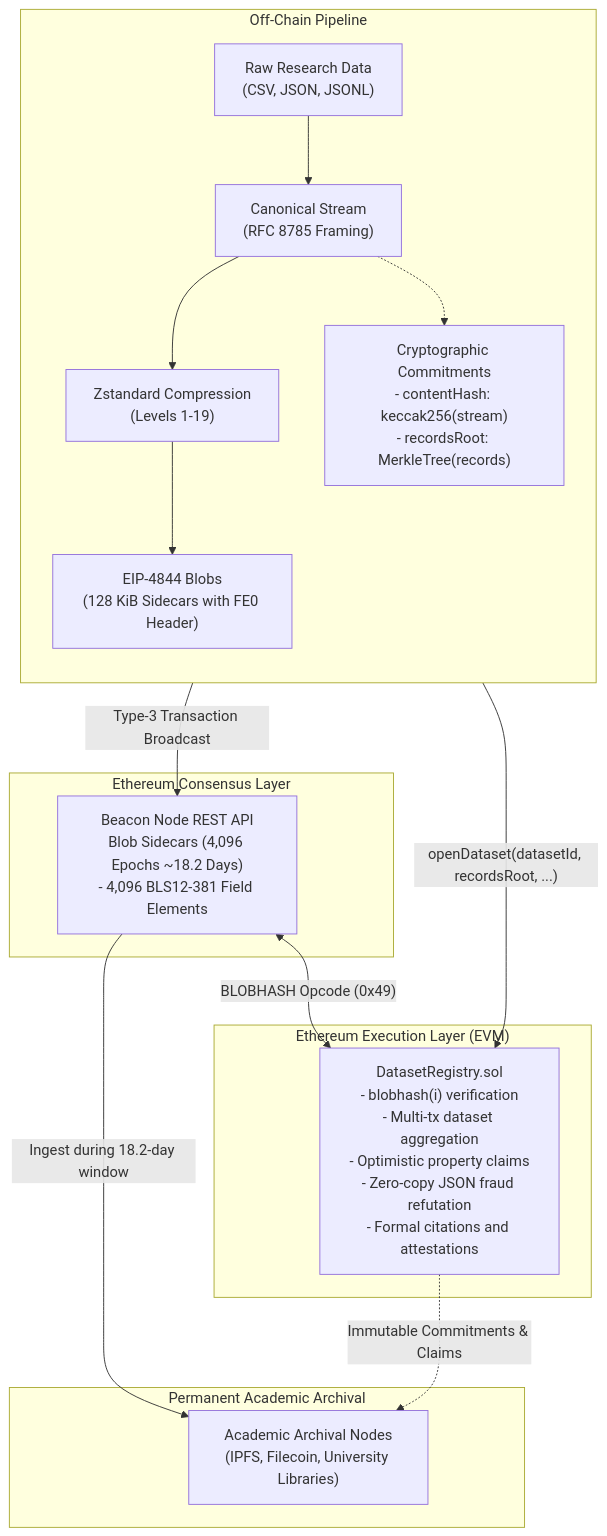
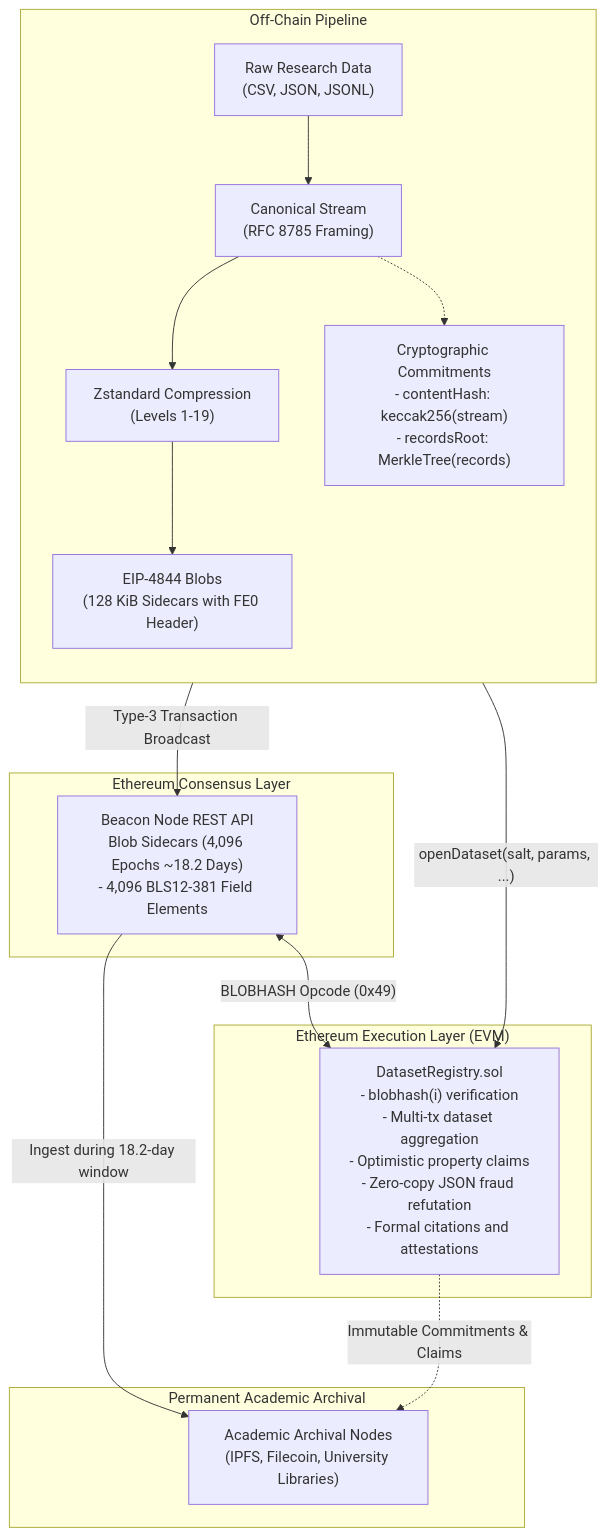
The diagram in README.md (samudragupto/research-blob-da), drawn with Mermaid before and after one commit. The commit also changed other lines of this file and 11 other files, not shown here.

````diff
--- a/README.md
+++ b/README.md
@@ -32,28 +54,28 @@
 ```mermaid
 flowchart TB
     subgraph OffChain["Off-Chain Pipeline"]
         direction TB
         Raw["Raw Research Data<br/>(CSV, JSON, JSONL)"] --> Stream["Canonical Stream<br/>(RFC 8785 Framing)"]
         Stream --> Compress["Zstandard Compression<br/>(Levels 1-19)"]
         Compress --> Blobs["EIP-4844 Blobs<br/>(128 KiB Sidecars with FE0 Header)"]
         Stream -.-> Commitments["Cryptographic Commitments<br/>- contentHash: keccak256(stream)<br/>- recordsRoot: MerkleTree(records)"]
     end
 
     subgraph Consensus["Ethereum Consensus Layer"]
         Sidecars["Beacon Node REST API<br/>Blob Sidecars (4,096 Epochs ~18.2 Days)<br/>- 4,096 BLS12-381 Field Elements"]
     end
 
     subgraph Execution["Ethereum Execution Layer (EVM)"]
         Registry["DatasetRegistry.sol<br/>- blobhash(i) verification<br/>- Multi-tx dataset aggregation<br/>- Optimistic property claims<br/>- Zero-copy JSON fraud refutation<br/>- Formal citations and attestations"]
     end
 
     subgraph Archival["Permanent Academic Archival"]
         ArchiveNodes["Academic Archival Nodes<br/>(IPFS, Filecoin, University Libraries)"]
     end
 
     Blobs -->|"Type-3 Transaction Broadcast"| Sidecars
-    Commitments -->|"openDataset(datasetId, recordsRoot, ...)"| Registry
+    Commitments -->|"openDataset(salt, params, ...)"| Registry
     Sidecars <-->|"BLOBHASH Opcode (0x49)"| Registry
     Sidecars -->|"Ingest during 18.2-day window"| ArchiveNodes
     Registry -.->|"Immutable Commitments & Claims"| ArchiveNodes
 ```
````
